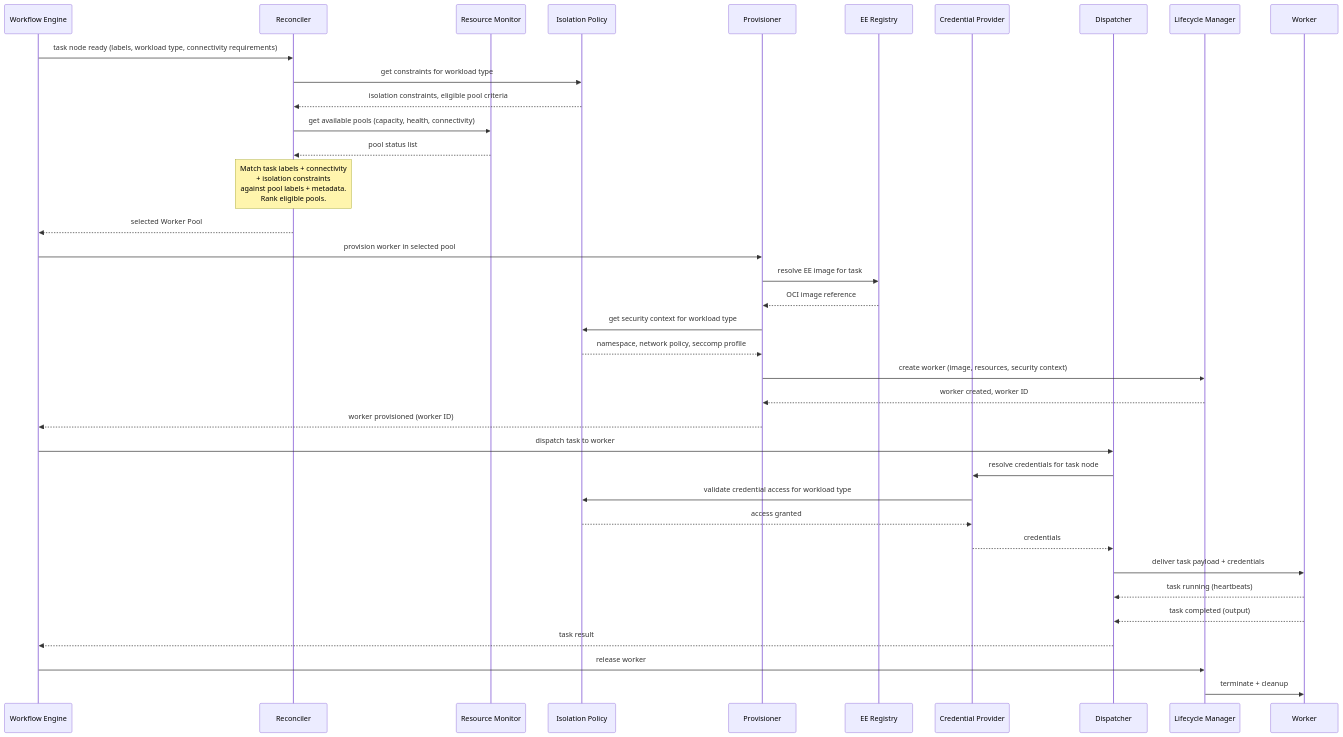
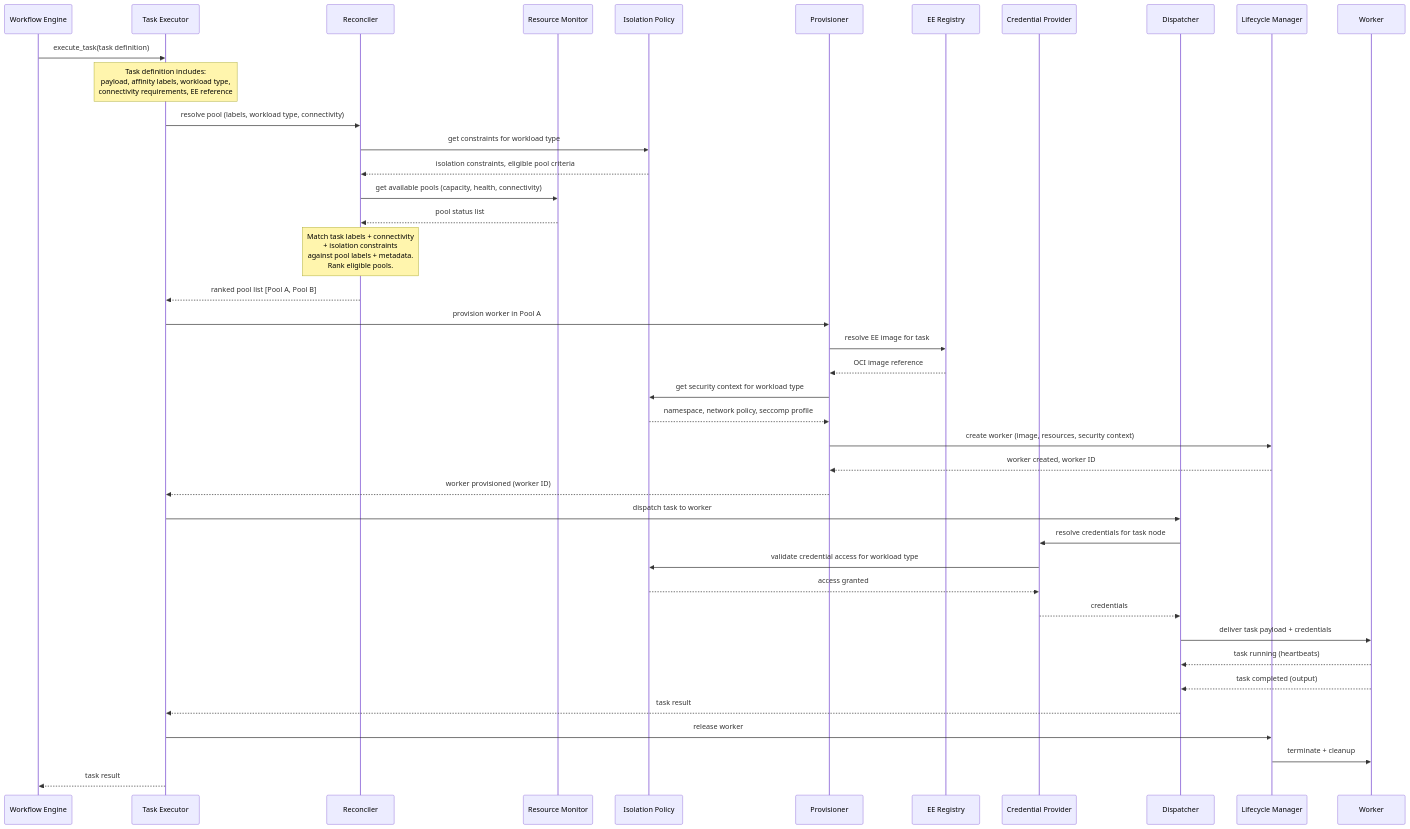
The second of 7 diagrams in backend/docs/execution-plane.md (manstis/syntara), drawn with Mermaid before and after one commit. The commit also changed other lines of this file, not shown here.

Commit message:
chore: Update to include TaskExecutor

````diff
--- a/backend/docs/execution-plane.md
+++ b/backend/docs/execution-plane.md
@@ -191,55 +211,62 @@
 ```mermaid
 sequenceDiagram
     participant WE as Workflow Engine
+    participant TE as Task Executor
     participant R as Reconciler
     participant RM as Resource Monitor
     participant IP as Isolation Policy
     participant P as Provisioner
     participant EER as EE Registry
     participant CP as Credential Provider
     participant D as Dispatcher
     participant LM as Lifecycle Manager
     participant W as Worker
 
-    WE->>R: task node ready (labels, workload type, connectivity requirements)
+    WE->>TE: execute_task(task definition)
+
+    Note over TE: Task definition includes:<br/>payload, affinity labels, workload type,<br/>connectivity requirements, EE reference
+
+    TE->>R: resolve pool (labels, workload type, connectivity)
 
     R->>IP: get constraints for workload type
     IP-->>R: isolation constraints, eligible pool criteria
 
     R->>RM: get available pools (capacity, health, connectivity)
     RM-->>R: pool status list
 
     Note over R: Match task labels + connectivity<br/>+ isolation constraints<br/>against pool labels + metadata.<br/>Rank eligible pools.
 
-    R-->>WE: selected Worker Pool
+    R-->>TE: ranked pool list [Pool A, Pool B]
 
-    WE->>P: provision worker in selected pool
+    TE->>P: provision worker in Pool A
 
     P->>EER: resolve EE image for task
     EER-->>P: OCI image reference
 
     P->>IP: get security context for workload type
     IP-->>P: namespace, network policy, seccomp profile
 
     P->>LM: create worker (image, resources, security context)
     LM-->>P: worker created, worker ID
 
-    P-->>WE: worker provisioned (worker ID)
+    P-->>TE: worker provisioned (worker ID)
 
-    WE->>D: dispatch task to worker
+    TE->>D: dispatch task to worker
 
     D->>CP: resolve credentials for task node
     CP->>IP: validate credential access for workload type
     IP-->>CP: access granted
     CP-->>D: credentials
 
     D->>W: deliver task payload + credentials
 
     W-->>D: task running (heartbeats)
     W-->>D: task completed (output)
 
-    D-->>WE: task result
+    D-->>TE: task result
 
-    WE->>LM: release worker
+    TE->>LM: release worker
     LM->>W: terminate + cleanup
+
+    TE-->>WE: task result
 ```
````
